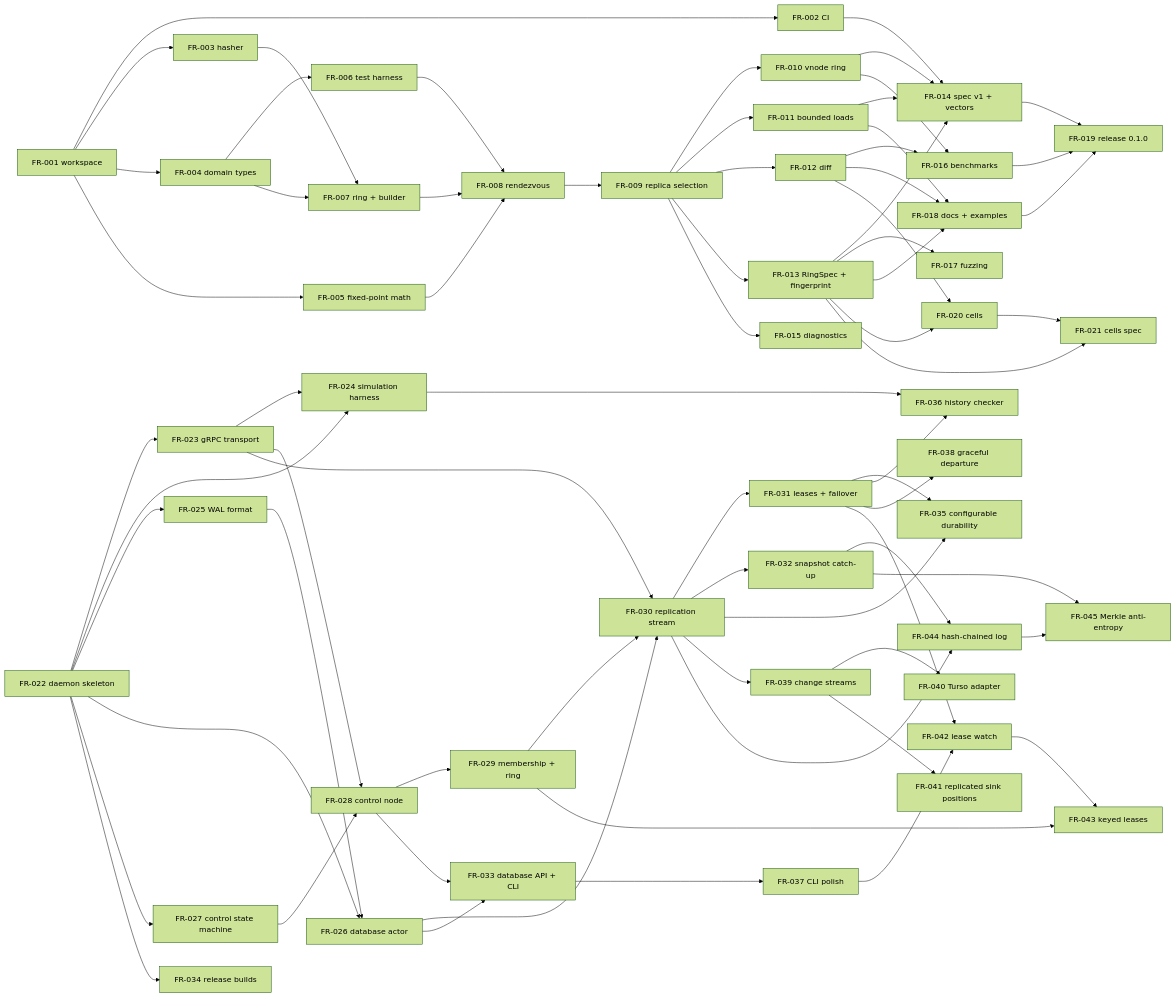
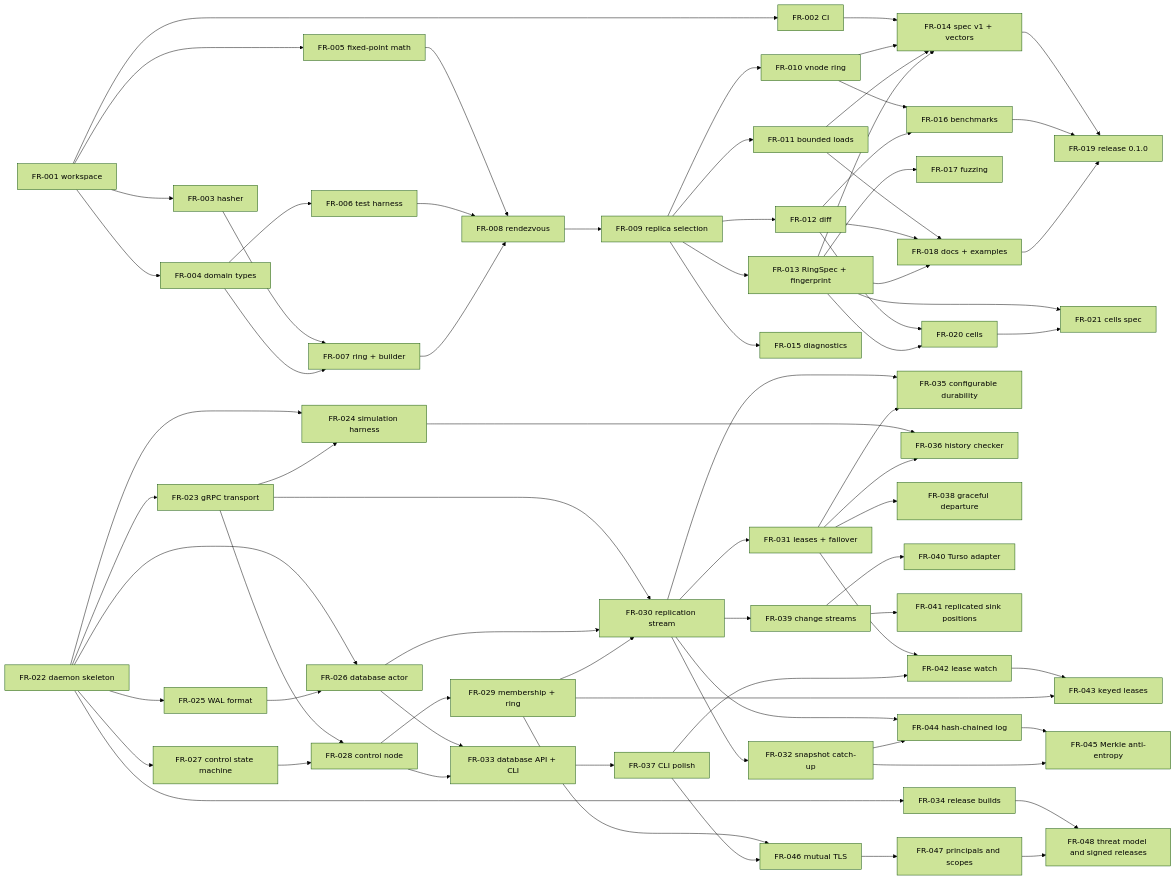
The diagram in docs/tickets/README.md (fleetring/fleetring), drawn with Mermaid (forest theme) before and after one commit. The commit also changed other lines of this file and 6 other files, not shown here.

First line of the commit message:
docs: decide principals and scopes, and ticket the security epic

````diff
--- a/docs/tickets/README.md
+++ b/docs/tickets/README.md
@@ -95,71 +99,76 @@
 ```mermaid
 flowchart LR
   FR001[FR-001 workspace] --> FR002[FR-002 CI]
   FR001 --> FR003[FR-003 hasher]
   FR001 --> FR004[FR-004 domain types]
   FR001 --> FR005[FR-005 fixed-point math]
   FR004 --> FR006[FR-006 test harness]
   FR003 --> FR007[FR-007 ring + builder]
   FR004 --> FR007
   FR005 --> FR008[FR-008 rendezvous]
   FR006 --> FR008
   FR007 --> FR008
   FR008 --> FR009[FR-009 replica selection]
   FR009 --> FR010[FR-010 vnode ring]
   FR009 --> FR011[FR-011 bounded loads]
   FR009 --> FR012[FR-012 diff]
   FR009 --> FR013[FR-013 RingSpec + fingerprint]
   FR009 --> FR015[FR-015 diagnostics]
   FR002 --> FR014[FR-014 spec v1 + vectors]
   FR010 --> FR014
   FR011 --> FR014
   FR013 --> FR014
   FR010 --> FR016[FR-016 benchmarks]
   FR012 --> FR016
   FR013 --> FR017[FR-017 fuzzing]
   FR011 --> FR018[FR-018 docs + examples]
   FR012 --> FR018
   FR013 --> FR018
   FR014 --> FR019[FR-019 release 0.1.0]
   FR016 --> FR019
   FR018 --> FR019
   FR012 --> FR020[FR-020 cells]
   FR013 --> FR020
   FR013 --> FR021[FR-021 cells spec]
   FR020 --> FR021
   FR022[FR-022 daemon skeleton] --> FR023[FR-023 gRPC transport]
   FR022 --> FR024[FR-024 simulation harness]
   FR023 --> FR024
   FR022 --> FR025[FR-025 WAL format]
   FR022 --> FR026[FR-026 database actor]
   FR025 --> FR026
   FR022 --> FR027[FR-027 control state machine]
   FR023 --> FR028[FR-028 control node]
   FR027 --> FR028
   FR028 --> FR029[FR-029 membership + ring]
   FR023 --> FR030[FR-030 replication stream]
   FR026 --> FR030
   FR029 --> FR030
   FR030 --> FR031[FR-031 leases + failover]
   FR030 --> FR032[FR-032 snapshot catch-up]
   FR026 --> FR033[FR-033 database API + CLI]
   FR028 --> FR033
   FR022 --> FR034[FR-034 release builds]
   FR030 --> FR035[FR-035 configurable durability]
   FR031 --> FR035
   FR024 --> FR036[FR-036 history checker]
   FR031 --> FR036
   FR033 --> FR037[FR-037 CLI polish]
   FR031 --> FR038[FR-038 graceful departure]
   FR030 --> FR039[FR-039 change streams]
   FR039 --> FR040[FR-040 Turso adapter]
   FR039 --> FR041[FR-041 replicated sink positions]
   FR031 --> FR042[FR-042 lease watch]
   FR037 --> FR042
   FR042 --> FR043[FR-043 keyed leases]
   FR029 --> FR043
   FR030 --> FR044[FR-044 hash-chained log]
   FR032 --> FR044
   FR044 --> FR045[FR-045 Merkle anti-entropy]
   FR032 --> FR045
+  FR029 --> FR046[FR-046 mutual TLS]
+  FR037 --> FR046
+  FR046 --> FR047[FR-047 principals and scopes]
+  FR034 --> FR048[FR-048 threat model and signed releases]
+  FR047 --> FR048
 ```
````
